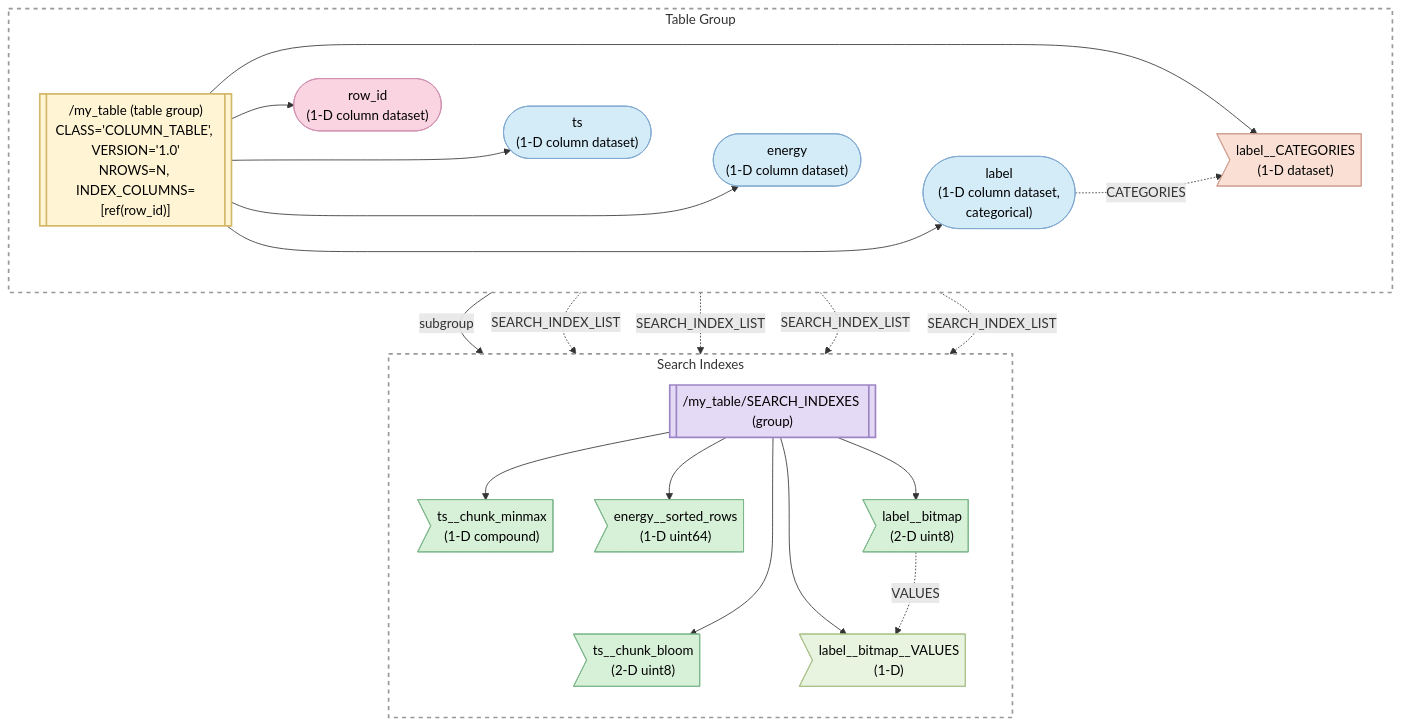
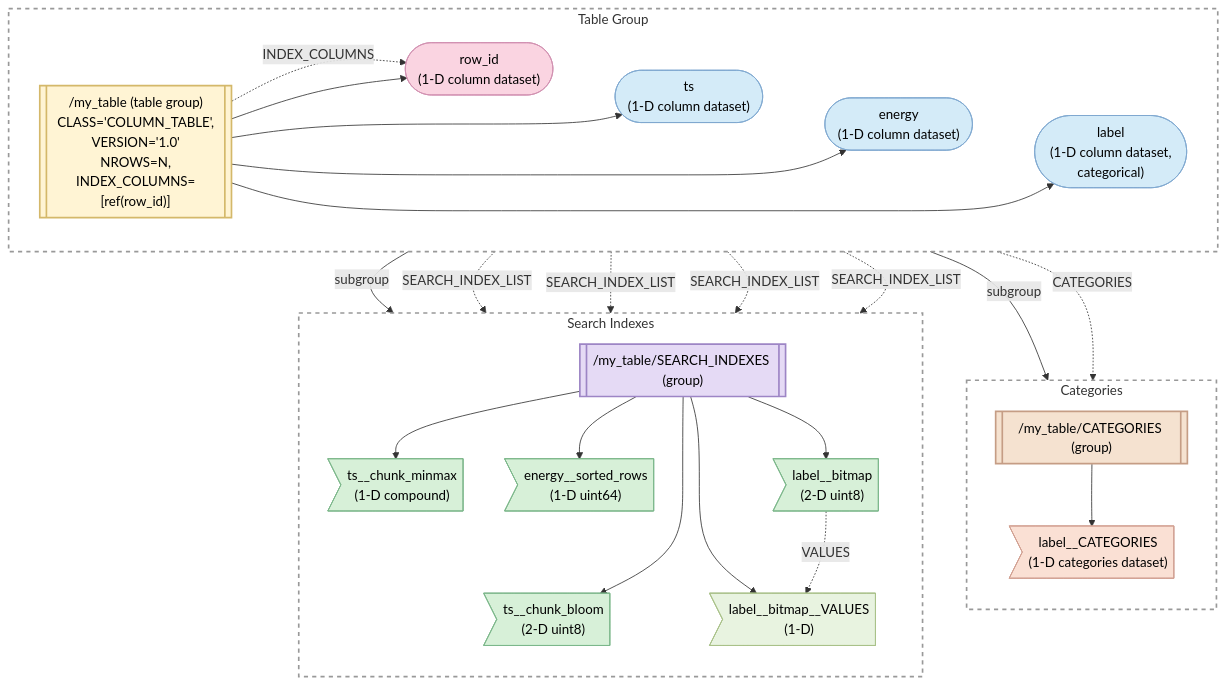
One commit to HDFAlliance/heps changed the second of 7 diagrams in HEP001/index.md. Above: the diagram before and after it, drawn with Mermaid. The commit also changed other lines of this file, not shown here.

````diff
--- a/HEP001/index.md
+++ b/HEP001/index.md
@@ -262,7 +270,7 @@
 flowchart TD
   subgraph Table_Group [Table Group]
     direction LR
-    TG[["/my_table (table group)<br/>CLASS='COLUMN_TABLE', VERSION='1.0'<br/>NROWS=N, INDEX_COLUMNS=[ref(row_id)]"]]
+    TG[["/my_table (table group)<br/>CLASS='COLUMN_TABLE',<br/>VERSION='1.0'<br/>NROWS=N,<br/>INDEX_COLUMNS=[ref(row_id)]   "]]
 
     %% By connecting TG to these in order, and them to each other invisibly,
     %% we force a more structured layout.
@@ -270,9 +278,16 @@
     c1(["ts<br>(1-D column dataset)"])
     c2(["energy<br>(1-D column dataset)"])
     c3(["label<br>(1-D column dataset,<br/>categorical)"])
-    c4>"label__CATEGORIES<br>(1-D dataset)"]
+
+    TG -.->|"INDEX_COLUMNS"| c0
 
     c0 ~~~ c1 ~~~ c2 ~~~ c3
+  end
+
+  subgraph Categories [Categories]
+    direction TB
+    CG[["/my_table/CATEGORIES (group)"]]
+    cc>"label__CATEGORIES<br>(1-D categories dataset)"]
   end
 
   subgraph Search_Indexes [Search Indexes]
@@ -293,8 +308,10 @@
   TG --> c1
   TG --> c2
   TG --> c3
-  TG --> c4
+  TG -->|"subgroup"| CG
   TG -->|"subgroup"| SI
+
+  CG --> cc
 
   SI --> mm
   SI --> bf
@@ -303,7 +320,7 @@
   SI --> bv
 
   %% Dotted Line Connections
-  c3 -.->|"CATEGORIES"| c4
+  c3 -.->|"CATEGORIES"| cc
   bm -.->|"VALUES"| bv
   c1 -.->|"SEARCH_INDEX_LIST"| mm
   c1 -.->|"SEARCH_INDEX_LIST"| bf
@@ -313,19 +330,22 @@
   %% Styling
   classDef tableGroup fill:#FFF4D4,stroke:#D4B86A,stroke-width:2px,color:#000
   classDef siGroup    fill:#E5DAF5,stroke:#9D85C5,stroke-width:2px,color:#000
+  classDef catGroup   fill:#F5E2D0,stroke:#C59D85,stroke-width:2px,color:#000
   classDef dataCol    fill:#D4EBF8,stroke:#7FA9D0,stroke-width:1px,color:#000
   classDef indexCol   fill:#FAD4E1,stroke:#D08FB0,stroke-width:1px,color:#000
   classDef catData    fill:#FAE0D4,stroke:#D09F90,stroke-width:1px,color:#000
   classDef siData     fill:#D7F0D8,stroke:#7CB78A,stroke-width:1px,color:#000
   classDef siValues   fill:#E8F3E0,stroke:#A8C088,stroke-width:1px,color:#000
   style Table_Group fill:transparent,stroke:#999,stroke-width:2px,stroke-dasharray: 5 5
+  style Categories fill:transparent,stroke:#999,stroke-width:2px,stroke-dasharray: 5 5
   style Search_Indexes fill:transparent,stroke:#999,stroke-width:2px,stroke-dasharray: 5 5
 
   class TG tableGroup
   class SI siGroup
+  class CG catGroup
   class c0 indexCol
   class c1,c2,c3 dataCol
-  class c4 catData
+  class cc catData
   class mm,sr,bm,bf siData
   class bv siValues
 ```
````
